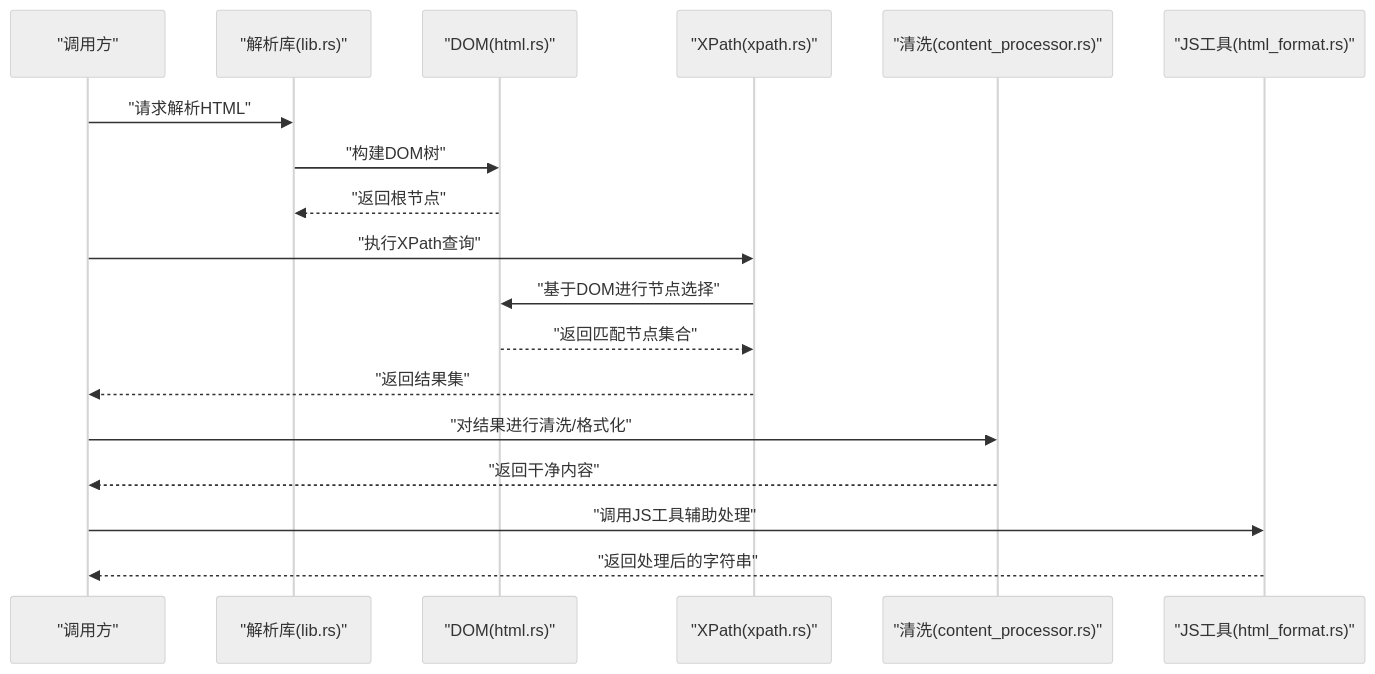
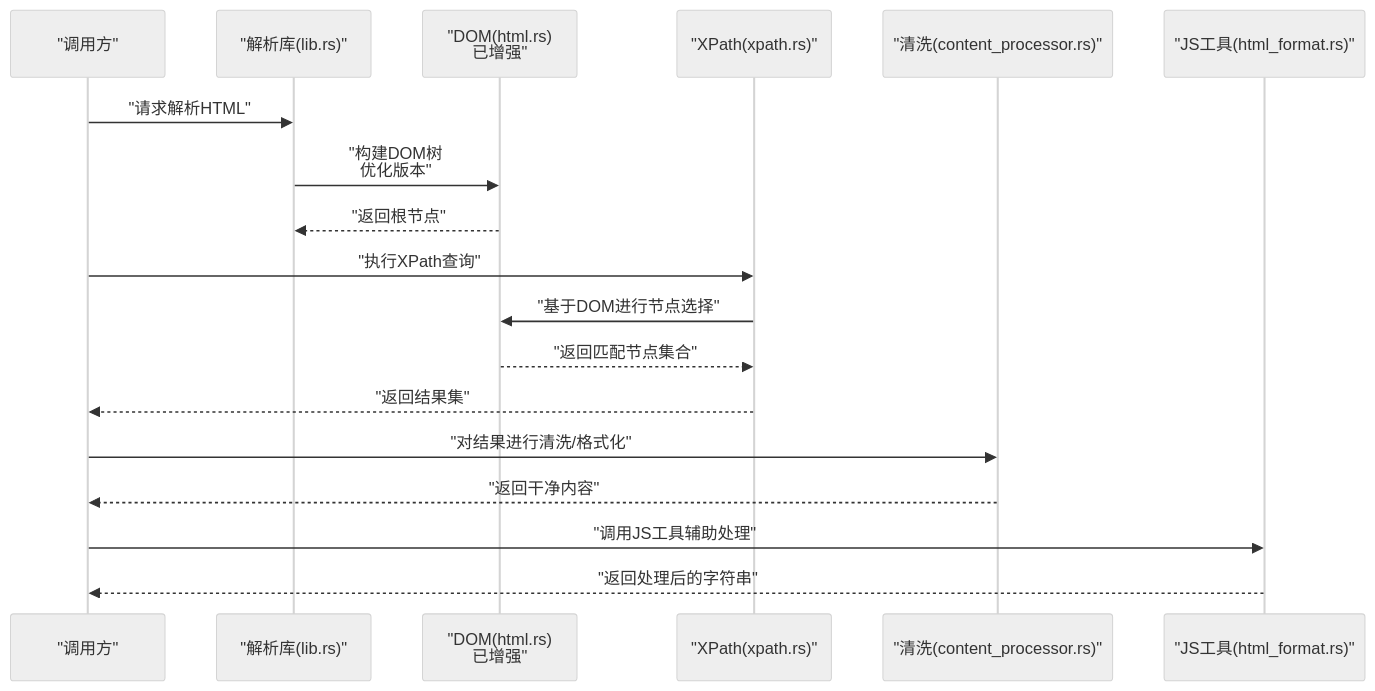
One commit to ZhangGHGitHub/LegadoTeamFlutter changed the second of 6 diagrams in .qoder/repowiki/zh/content/Rust核心库/解析引擎/HTML解析器.md. Above: the diagram before and after it, drawn with Mermaid (neutral theme). The commit also changed other lines of this file and 66 other files, not shown here.

````diff
--- a/.qoder/repowiki/zh/content/Rust核心库/解析引擎/HTML解析器.md
+++ b/.qoder/repowiki/zh/content/Rust核心库/解析引擎/HTML解析器.md
@@ -88,20 +98,20 @@
 ```mermaid
 sequenceDiagram
 participant U as "调用方"
 participant P as "解析库(lib.rs)"
-participant D as "DOM(html.rs)"
+participant D as "DOM(html.rs)<br/>已增强"
 participant Q as "XPath(xpath.rs)"
 participant CL as "清洗(content_processor.rs)"
 participant F as "JS工具(html_format.rs)"
 U->>P : "请求解析HTML"
-P->>D : "构建DOM树"
+P->>D : "构建DOM树<br/>优化版本"
 D-->>P : "返回根节点"
 U->>Q : "执行XPath查询"
 Q->>D : "基于DOM进行节点选择"
 D-->>Q : "返回匹配节点集合"
 Q-->>U : "返回结果集"
 U->>CL : "对结果进行清洗/格式化"
 CL-->>U : "返回干净内容"
 U->>F : "调用JS工具辅助处理"
 F-->>U : "返回处理后的字符串"
 ```
````
